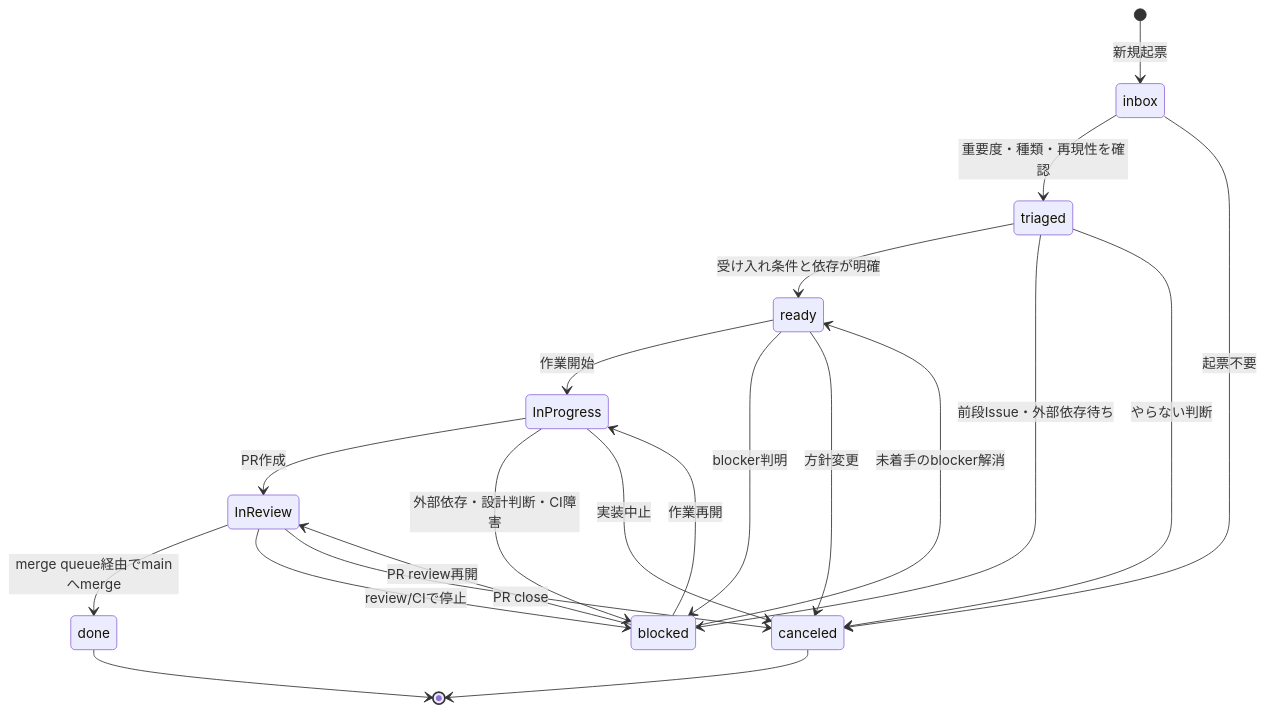
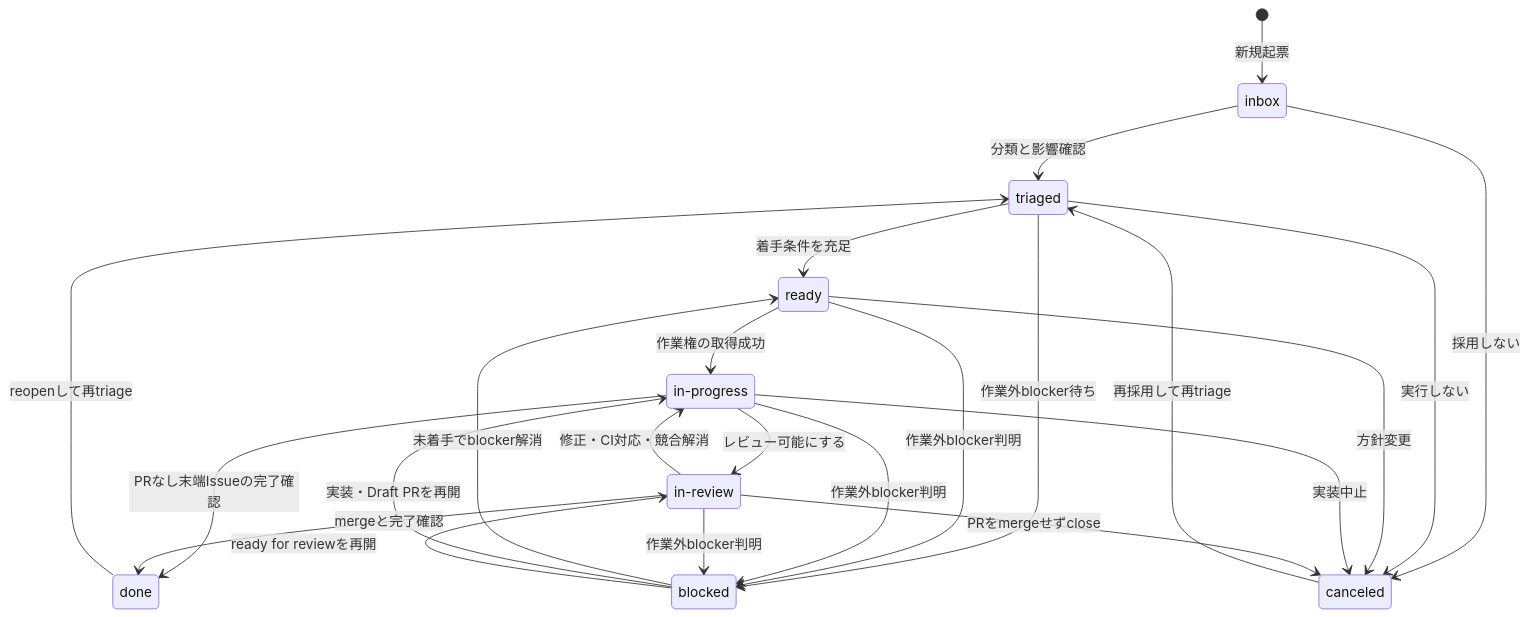
The diagram in github-project-ops/references/issue-lifecycle.md (ReoHakase/skills), drawn with Mermaid before and after one commit. The commit also changed other lines of this file and 12 other files, not shown here.

````diff
--- a/github-project-ops/references/issue-lifecycle.md
+++ b/github-project-ops/references/issue-lifecycle.md
@@ -53,25 +38,36 @@
 ```mermaid
 stateDiagram-v2
-    [*] --> inbox: 新規起票
-    inbox --> triaged: 重要度・種類・再現性を確認
-    triaged --> ready: 受け入れ条件と依存が明確
-    triaged --> blocked: 前段Issue・外部依存待ち
-    ready --> InProgress: 作業開始
-    ready --> blocked: blocker判明
-    InProgress --> InReview: PR作成
-    InReview --> done: merge queue経由でmainへmerge
+    state "inbox" as Inbox
+    state "triaged" as Triaged
+    state "ready" as Ready
+    state "in-progress" as InProgress
+    state "in-review" as InReview
+    state "blocked" as Blocked
+    state "done" as Done
+    state "canceled" as Canceled
 
-    InProgress --> blocked: 外部依存・設計判断・CI障害
-    InReview --> blocked: review/CIで停止
-    blocked --> ready: 未着手のblocker解消
-    blocked --> InProgress: 作業再開
-    blocked --> InReview: PR review再開
+    [*] --> Inbox: 新規起票
+    Inbox --> Triaged: 分類と影響確認
+    Triaged --> Ready: 着手条件を充足
+    Triaged --> Blocked: 作業外blocker待ち
+    Ready --> InProgress: 作業権の取得成功
+    InProgress --> InReview: レビュー可能にする
+    InProgress --> Done: PRなし末端Issueの完了確認
+    InReview --> InProgress: 修正・CI対応・競合解消
+    InReview --> Done: mergeと完了確認
 
-    inbox --> canceled: 起票不要
-    triaged --> canceled: やらない判断
-    ready --> canceled: 方針変更
-    InProgress --> canceled: 実装中止
-    InReview --> canceled: PR close
-    canceled --> [*]
-    done --> [*]
+    Ready --> Blocked: 作業外blocker判明
+    InProgress --> Blocked: 作業外blocker判明
+    InReview --> Blocked: 作業外blocker判明
+    Blocked --> Ready: 未着手でblocker解消
+    Blocked --> InProgress: 実装・Draft PRを再開
+    Blocked --> InReview: ready for reviewを再開
+
+    Inbox --> Canceled: 採用しない
+    Triaged --> Canceled: 実行しない
+    Ready --> Canceled: 方針変更
+    InProgress --> Canceled: 実装中止
+    InReview --> Canceled: PRをmergeせずclose
+    Canceled --> Triaged: 再採用して再triage
+    Done --> Triaged: reopenして再triage
 ```
````
